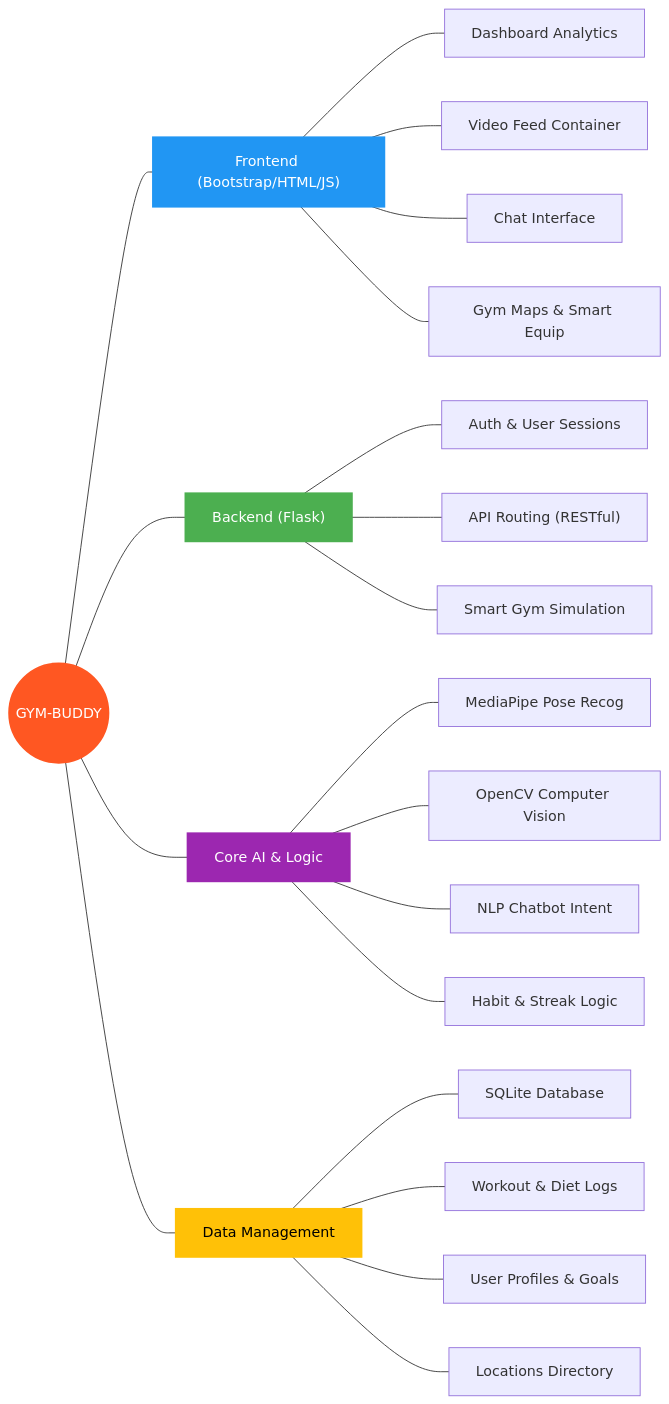
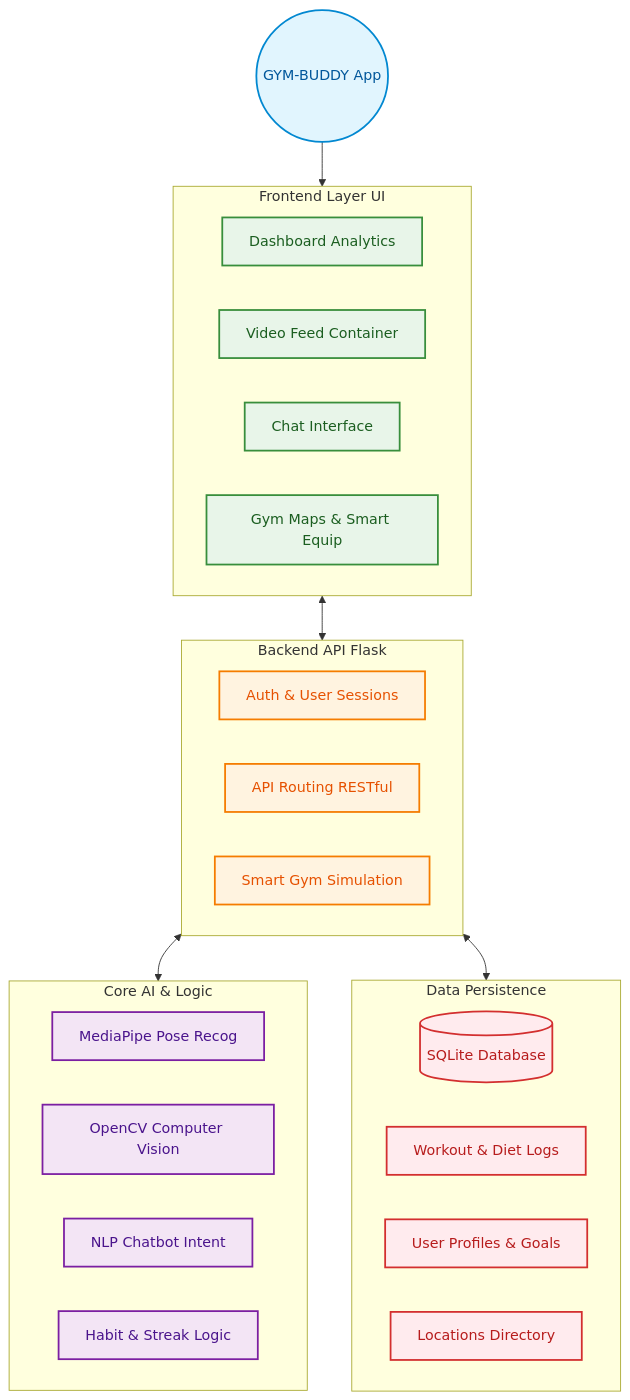
The diagram in README.md (ganeshboda5495007-byte/GYM-BUDDY), drawn with Mermaid before and after one commit. The commit also changed other lines of this file, not shown here.

Commit message:
Redesign architecture topology using a modern top-down flowchart

````diff
--- a/README.md
+++ b/README.md
@@ -9,33 +9,44 @@
 ```mermaid
-graph LR
-  root(("GYM-BUDDY")):::rootClass
+flowchart TD
+  %% Custom Styles
+  classDef app fill:#e1f5fe,stroke:#0288d1,stroke-width:2px,color:#01579b
+  classDef front fill:#e8f5e9,stroke:#388e3c,stroke-width:2px,color:#1b5e20
+  classDef back fill:#fff3e0,stroke:#f57c00,stroke-width:2px,color:#e65100
+  classDef core fill:#f3e5f5,stroke:#7b1fa2,stroke-width:2px,color:#4a148c
+  classDef data fill:#ffebee,stroke:#d32f2f,stroke-width:2px,color:#b71c1c
 
-  root --- f["Frontend (Bootstrap/HTML/JS)"]:::frontClass
-  f --- f1["Dashboard Analytics"]
-  f --- f2["Video Feed Container"]
-  f --- f3["Chat Interface"]
-  f --- f4["Gym Maps & Smart Equip"]
+  App((GYM-BUDDY App)):::app
 
-  root --- b["Backend (Flask)"]:::backClass
-  b --- b1["Auth & User Sessions"]
-  b --- b2["API Routing (RESTful)"]
-  b --- b3["Smart Gym Simulation"]
+  subgraph Frontend [Frontend Layer UI]
+    F1[Dashboard Analytics]:::front
+    F2[Video Feed Container]:::front
+    F3[Chat Interface]:::front
+    F4[Gym Maps & Smart Equip]:::front
+  end
 
-  root --- c["Core AI & Logic"]:::aiClass
-  c --- c1["MediaPipe Pose Recog"]
-  c --- c2["OpenCV Computer Vision"]
-  c --- c3["NLP Chatbot Intent"]
-  c --- c4["Habit & Streak Logic"]
+  subgraph Backend [Backend API Flask]
+    B1[Auth & User Sessions]:::back
+    B2[API Routing RESTful]:::back
+    B3[Smart Gym Simulation]:::back
+  end
 
-  root --- d["Data Management"]:::dataClass
-  d --- d1["SQLite Database"]
-  d --- d2["Workout & Diet Logs"]
-  d --- d3["User Profiles & Goals"]
-  d --- d4["Locations Directory"]
+  subgraph Logic [Core AI & Logic]
+    L1[MediaPipe Pose Recog]:::core
+    L2[OpenCV Computer Vision]:::core
+    L3[NLP Chatbot Intent]:::core
+    L4[Habit & Streak Logic]:::core
+  end
 
-  classDef rootClass fill:#ff5722,color:#fff,stroke:#ff5722,stroke-width:2px;
-  classDef frontClass fill:#2196f3,color:#fff,stroke:#2196f3,stroke-width:2px;
-  classDef backClass fill:#4caf50,color:#fff,stroke:#4caf50,stroke-width:2px;
-  classDef aiClass fill:#9c27b0,color:#fff,stroke:#9c27b0,stroke-width:2px;
-  classDef dataClass fill:#ffc107,color:#000,stroke:#ffc107,stroke-width:2px;
+  subgraph Data [Data Persistence]
+    D1[(SQLite Database)]:::data
+    D2[Workout & Diet Logs]:::data
+    D3[User Profiles & Goals]:::data
+    D4[Locations Directory]:::data
+  end
+
+  %% Layout Connections
+  App --> Frontend
+  Frontend <--> Backend
+  Backend <--> Logic
+  Backend <--> Data
 ```
````
